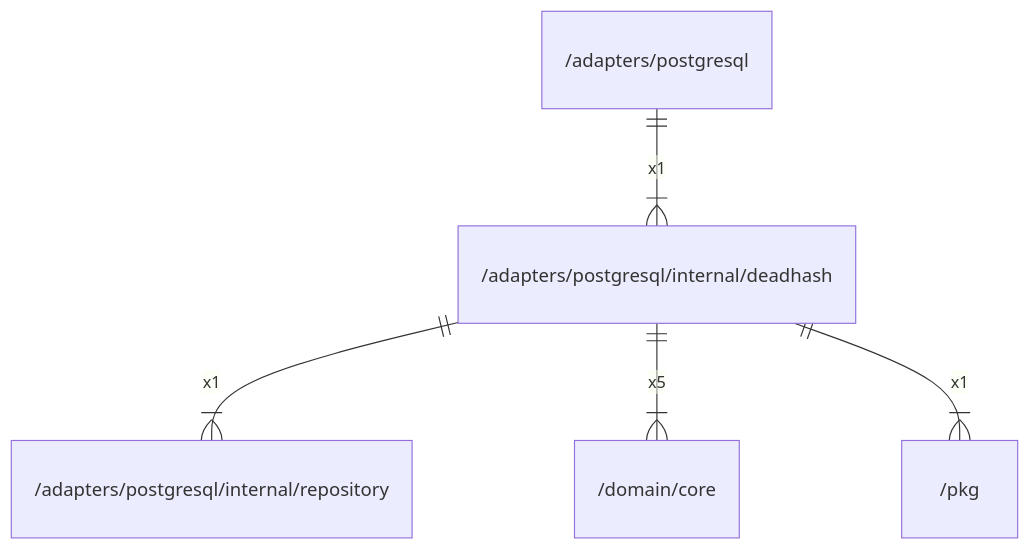
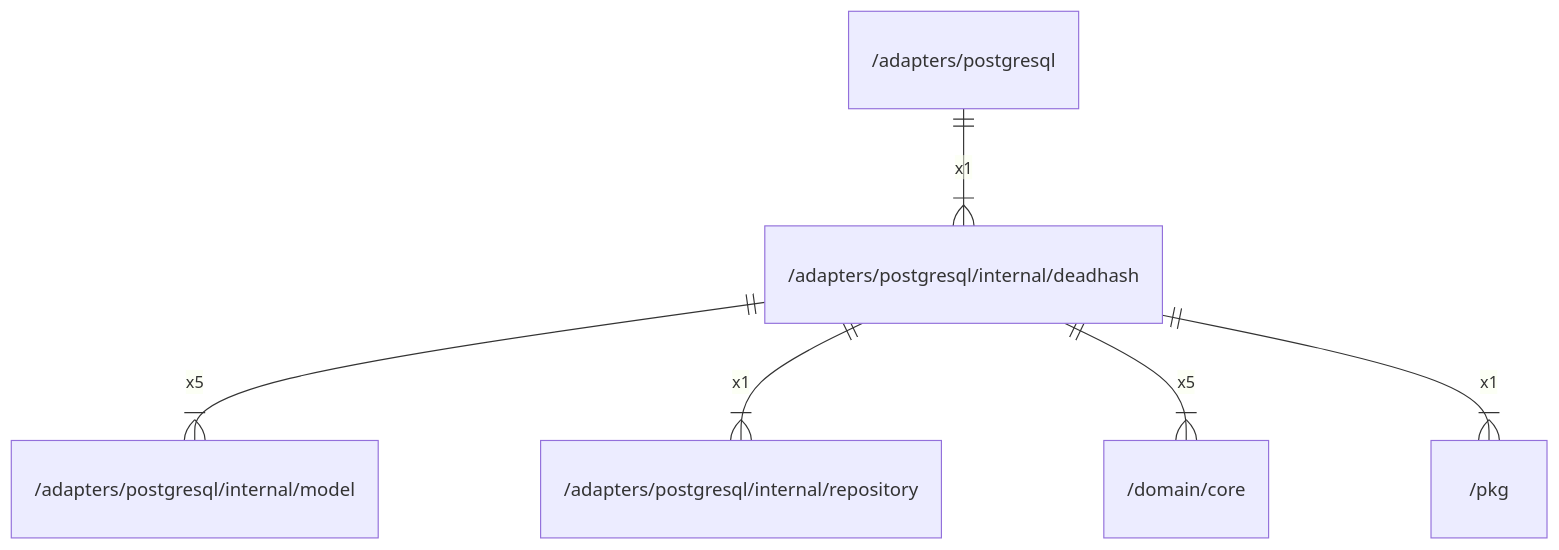
Before and after one commit to gbh007/hgraber-next: the diagram in docs/arch/adapters/postgresql/internal/deadhash.md, drawn with Mermaid. The commit also changed other lines of this file and 98 other files, not shown here.

````diff
--- a/docs/arch/adapters/postgresql/internal/deadhash.md
+++ b/docs/arch/adapters/postgresql/internal/deadhash.md
@@ -24,7 +37,8 @@
 ```mermaid
 erDiagram
     "/adapters/postgresql" ||--|{ "/adapters/postgresql/internal/deadhash" : x1
+    "/adapters/postgresql/internal/deadhash" ||--|{ "/adapters/postgresql/internal/model" : x5
     "/adapters/postgresql/internal/deadhash" ||--|{ "/adapters/postgresql/internal/repository" : x1
     "/adapters/postgresql/internal/deadhash" ||--|{ "/domain/core" : x5
     "/adapters/postgresql/internal/deadhash" ||--|{ "/pkg" : x1
 ```
````
